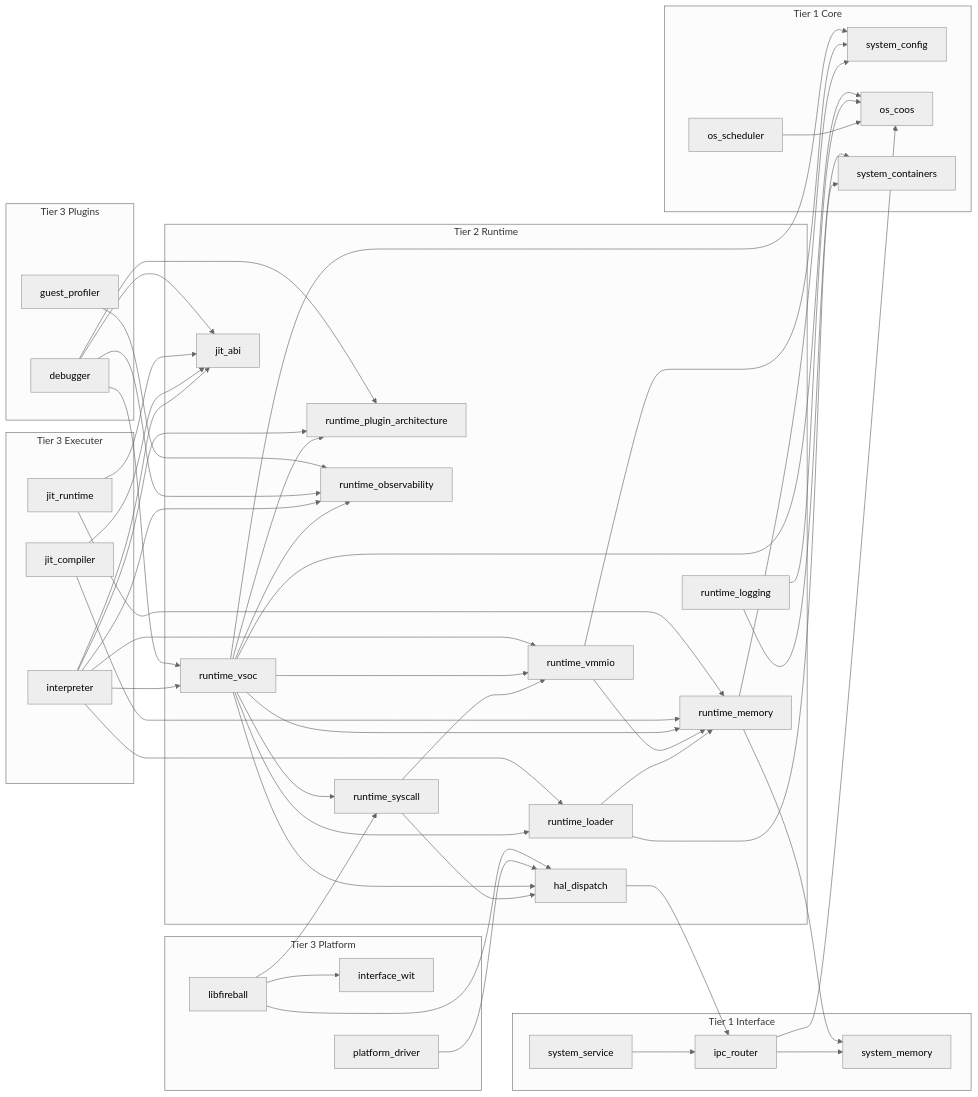
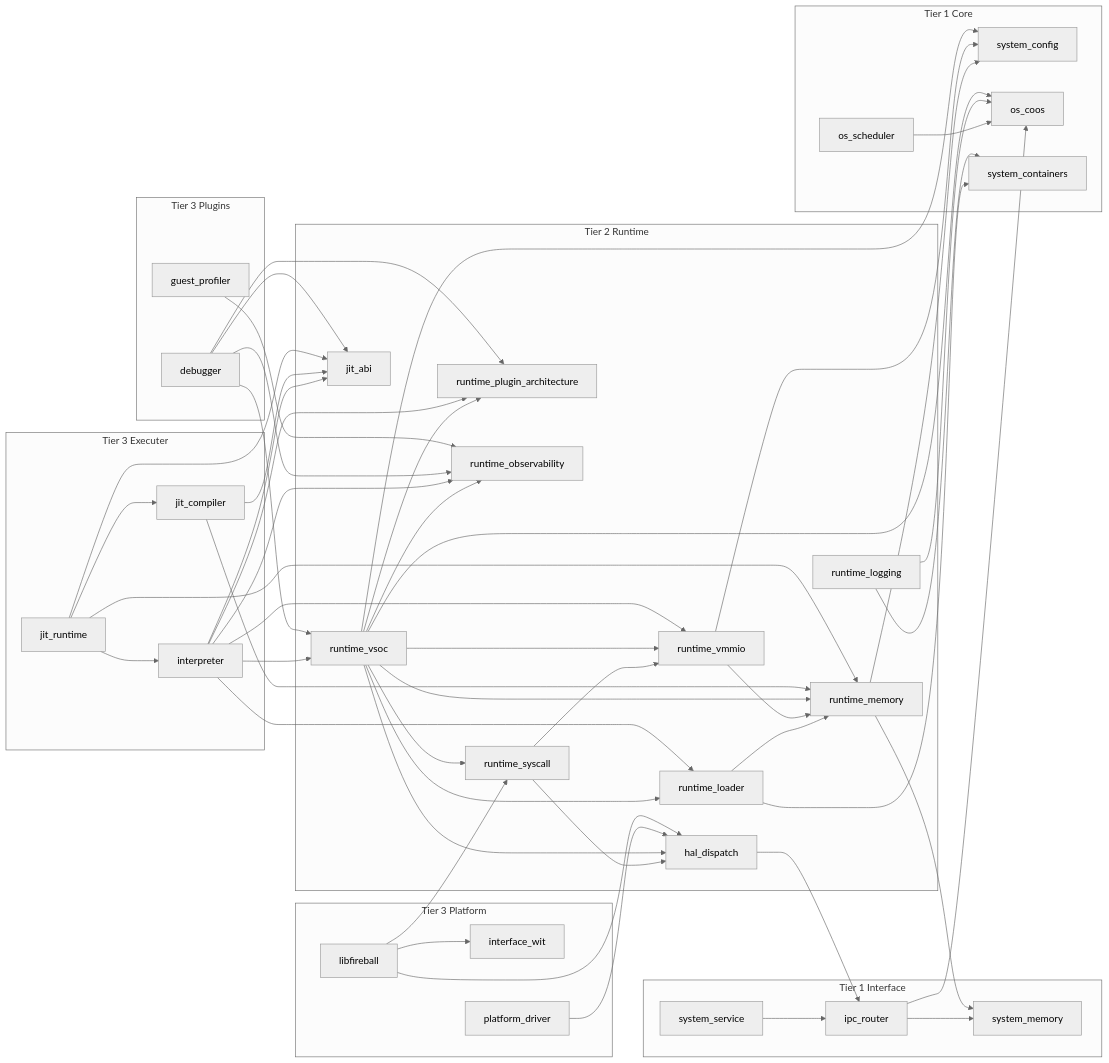
Before and after one commit to kmt-t/fireball: the diagram in docs/architecture/architecture_overview.md, drawn with Mermaid (neutral theme). The commit also changed other lines of this file and 205 other files, not shown here.

```diff
--- a/docs/architecture/architecture_overview.md
+++ b/docs/architecture/architecture_overview.md
@@ -92,6 +92,8 @@
   interpreter --> loader
   interpreter --> vmmio
   interpreter --> jit_abi
+  jit_runtime --> interpreter
+  jit_runtime --> jit_compiler
   jit_compiler --> jit_abi
   jit_compiler --> memory
   jit_runtime --> jit_abi
```
